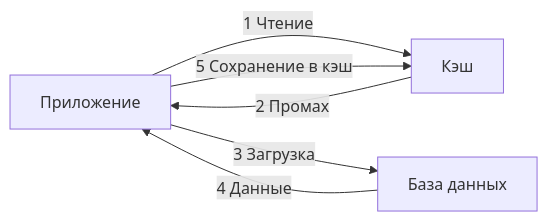
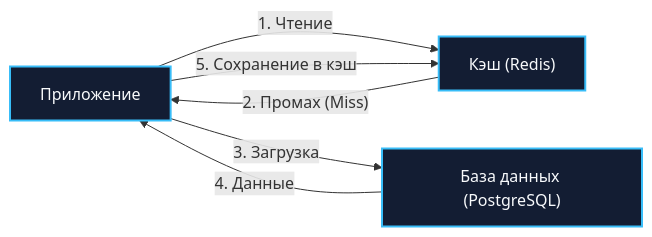
One commit to UnrealTemplier/go-textbook changed the second of 6 diagrams in sources/11. Архитектура и System Design/28. Кэширование. Cache Aside, Write Through, Write Back.md. Above: the diagram before and after it, drawn with Mermaid. The commit also changed other lines of this file, not shown here.

````diff
--- a/sources/11. Архитектура и System Design/28. Кэширование. Cache Aside, Write Through, Write Back.md
+++ b/sources/11. Архитектура и System Design/28. Кэширование. Cache Aside, Write Through, Write Back.md
@@ -12,12 +62,15 @@
 ```mermaid
 flowchart LR
     App["Приложение"]
-    Cache["Кэш"]
-    DB["База данных"]
+    Cache["Кэш (Redis)"]
+    DB["База данных (PostgreSQL)"]
 
-    App -->|"1 Чтение"| Cache
-    Cache -->|"2 Промах"| App
-    App -->|"3 Загрузка"| DB
-    DB -->|"4 Данные"| App
-    App -->|"5 Сохранение в кэш"| Cache
+    App -->|"1. Чтение"| Cache
+    Cache -->|"2. Промах (Miss)"| App
+    App -->|"3. Загрузка"| DB
+    DB -->|"4. Данные"| App
+    App -->|"5. Сохранение в кэш"| Cache
+
+    classDef node fill:#131d33,stroke:#38bdf8,stroke-width:2px,color:#f8fafc;
+    class App,Cache,DB node;
 ```
````
